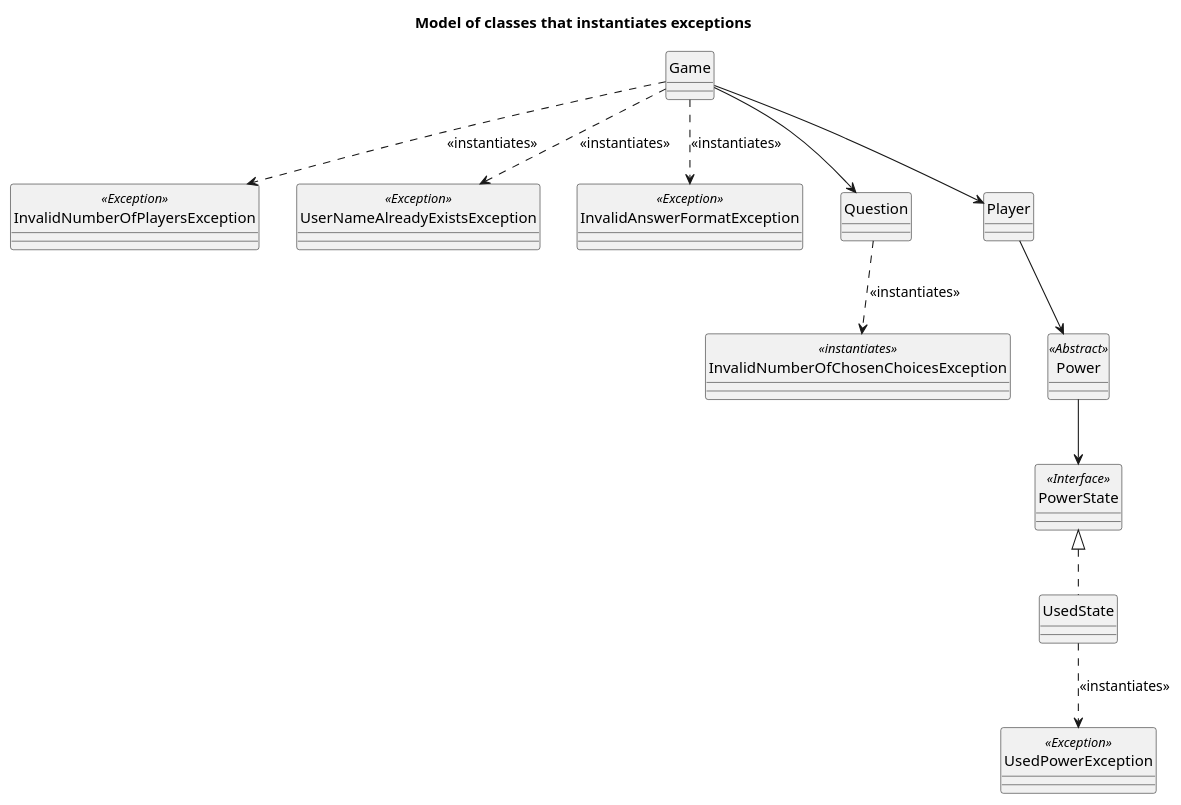
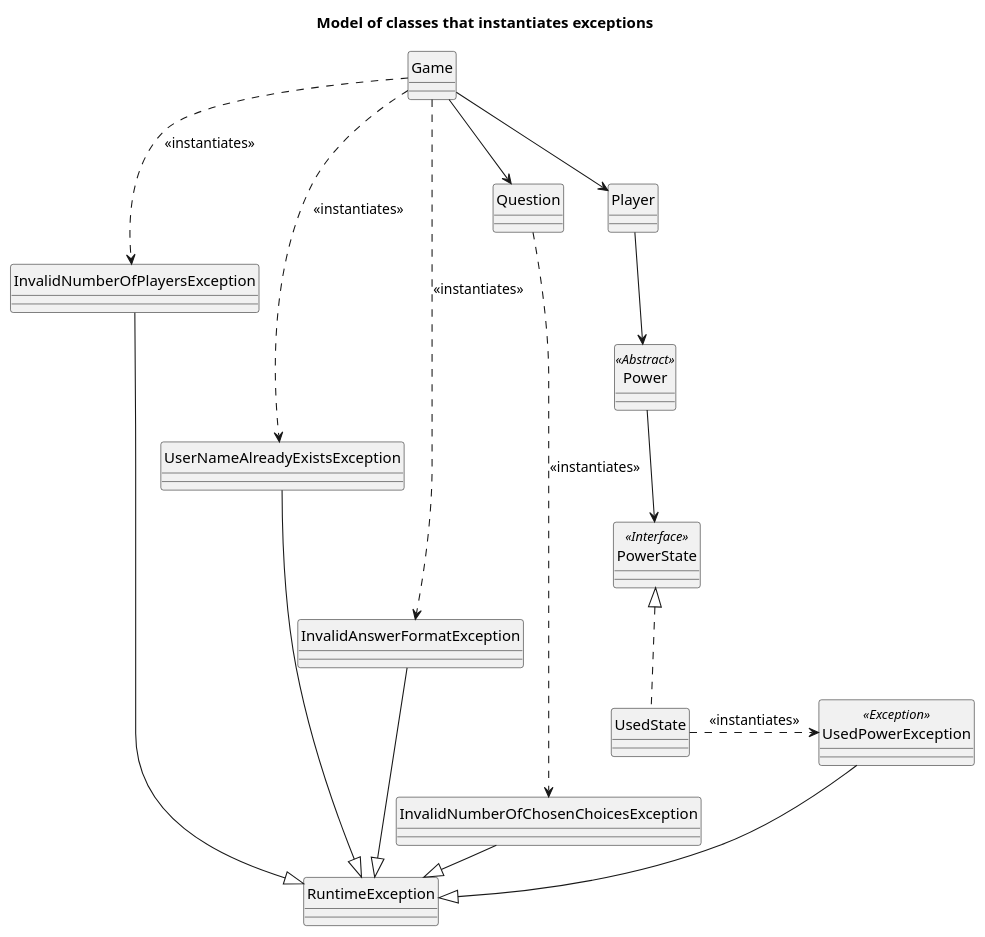
One commit to agpelliciari/TP2-Algo-III changed the diagram in UML files/ClassDiagramExceptionsInstantiation.puml. Above: the diagram before and after it, drawn with PlantUML. The commit also changed 1 other file, not shown here.

Commit message:
#62 modified Exceptions class diagram

```diff
--- a/UML files/ClassDiagramExceptionsInstantiation.puml
+++ b/UML files/ClassDiagramExceptionsInstantiation.puml
@@ -1,43 +1,43 @@
 @startuml
 
 title: Model of classes that instantiates exceptions
 
 skinparam monochrome true
 hide circle
 skinparam classAttributeIconSize 0
 
 class Game{}
 class InvalidNumberOfPlayersException{}
 class UserNameAlreadyExistsException{}
 class InvalidAnswerFormatException{}
 class InvalidNumberOfChosenChoicesException{}
 class Power{}
 class PowerState{}
 class UsedPowerException{}
 
-InvalidNumberOfPlayersException <<Exception>>
-UserNameAlreadyExistsException <<Exception>>
-InvalidAnswerFormatException <<Exception>>
-InvalidNumberOfChosenChoicesException <<Exception>>
-
 Game ..> InvalidNumberOfPlayersException: <<instantiates>>
 Game ..> UserNameAlreadyExistsException: <<instantiates>>
 Game ..> InvalidAnswerFormatException: <<instantiates>>
 
 Game --> Question
 
 Game --> Player
 Player --> Power
 Power --> PowerState
 PowerState <|.. UsedState
 
-UsedState ..> UsedPowerException: <<instantiates>>
+UsedState .> UsedPowerException: <<instantiates>>
 UsedPowerException <<Exception>>
 PowerState <<Interface>>
 Power <<Abstract>>
 
 Question ..> InvalidNumberOfChosenChoicesException: <<instantiates>>
-InvalidNumberOfChosenChoicesException <<instantiates>>
+
+InvalidNumberOfPlayersException --|> RuntimeException
+UserNameAlreadyExistsException --|> RuntimeException
+InvalidAnswerFormatException --|> RuntimeException
+InvalidNumberOfChosenChoicesException -|> RuntimeException
+UsedPowerException --|> RuntimeException
 
 
 @enduml
```
